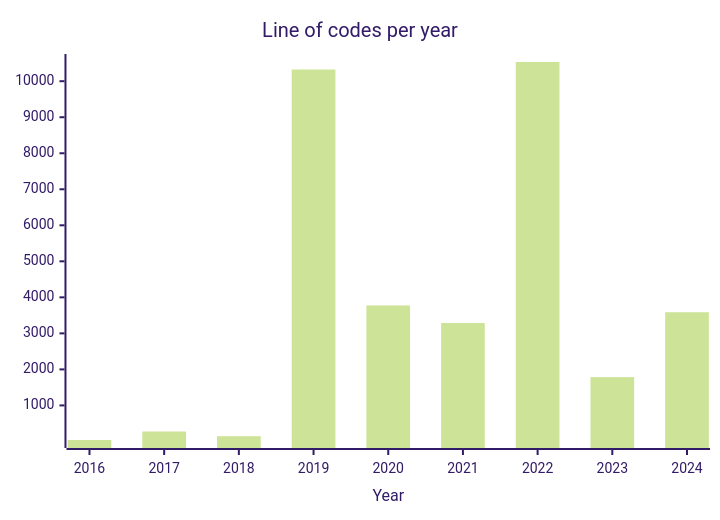
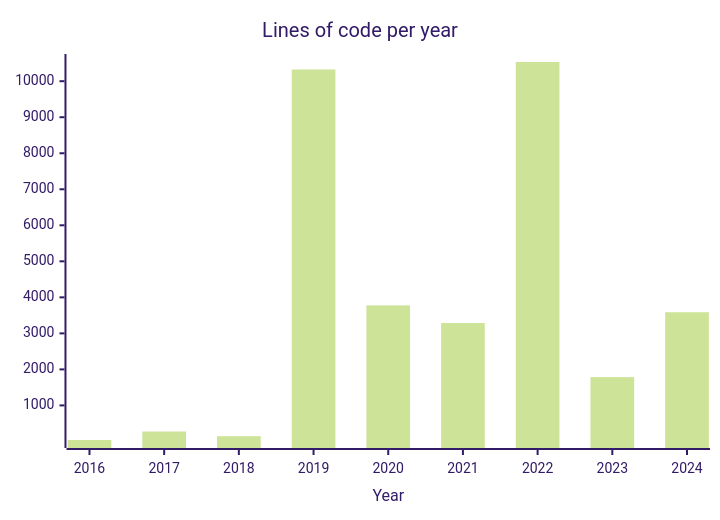
The diagram in README.md (engdan77/engdan77), drawn with Mermaid (forest theme) before and after one commit. The commit also changed other lines of this file, not shown here.

Commit message:
Update README.md with dynamic content

````diff
--- a/README.md
+++ b/README.md
@@ -24,6 +24,6 @@
 ```mermaid
 xychart-beta
-      title "Line of codes per year"
+      title "Lines of code per year"
       x-axis "Year" [2016, 2017, 2018, 2019, 2020, 2021, 2022, 2023, 2024]
       bar "engdan77" [40, 276, 145, 10325, 3776, 3287, 10533, 1785, 3587]
 ```
````
